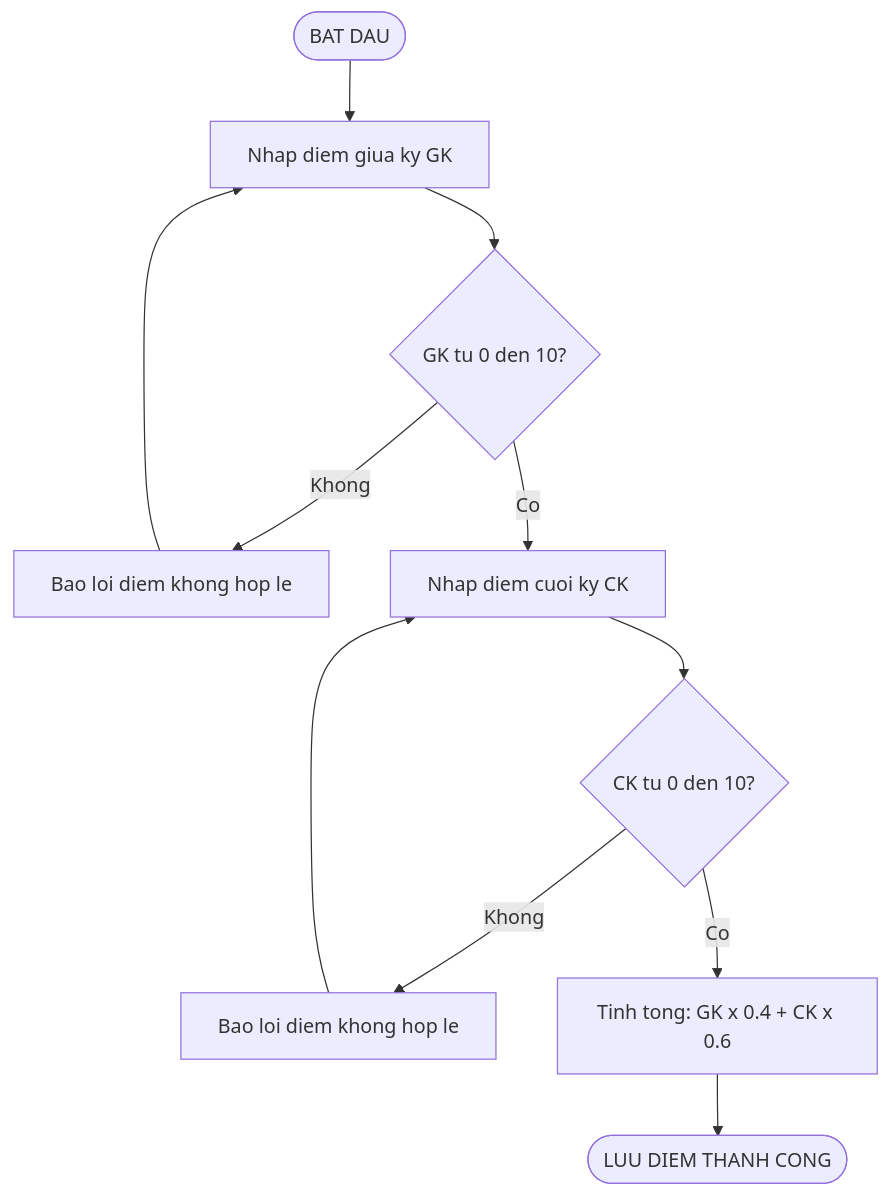
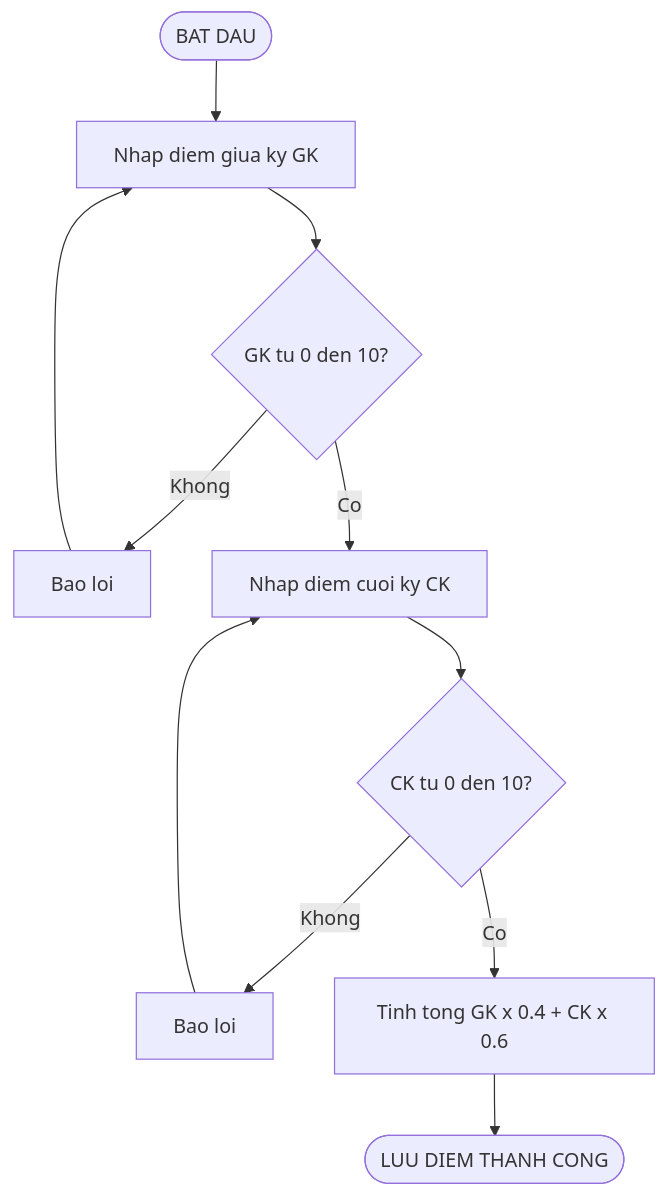
The ninth of 20 diagrams in docs/Flowcharts/Flowcharts.md (phucphuc2006/pro-192), drawn with Mermaid before and after one commit. The commit also changed other lines of this file, not shown here.

Commit message:
Fix Mermaid: add quotes to all labels for GitHub compatibility

````diff
--- a/docs/Flowcharts/Flowcharts.md
+++ b/docs/Flowcharts/Flowcharts.md
@@ -159,13 +140,13 @@
 ```mermaid
 flowchart TD
-    A([BAT DAU]) --> B[Nhap diem giua ky GK]
-    B --> C{GK tu 0 den 10?}
-    C -->|Khong| D[Bao loi diem khong hop le]
+    A(["BAT DAU"]) --> B["Nhap diem giua ky GK"]
+    B --> C{"GK tu 0 den 10?"}
+    C -->|Khong| D["Bao loi"]
     D --> B
-    C -->|Co| E[Nhap diem cuoi ky CK]
-    E --> F{CK tu 0 den 10?}
-    F -->|Khong| G[Bao loi diem khong hop le]
+    C -->|Co| E["Nhap diem cuoi ky CK"]
+    E --> F{"CK tu 0 den 10?"}
+    F -->|Khong| G["Bao loi"]
     G --> E
-    F -->|Co| H[Tinh tong: GK x 0.4 + CK x 0.6]
-    H --> I([LUU DIEM THANH CONG])
+    F -->|Co| H["Tinh tong GK x 0.4 + CK x 0.6"]
+    H --> I(["LUU DIEM THANH CONG"])
 ```
````
